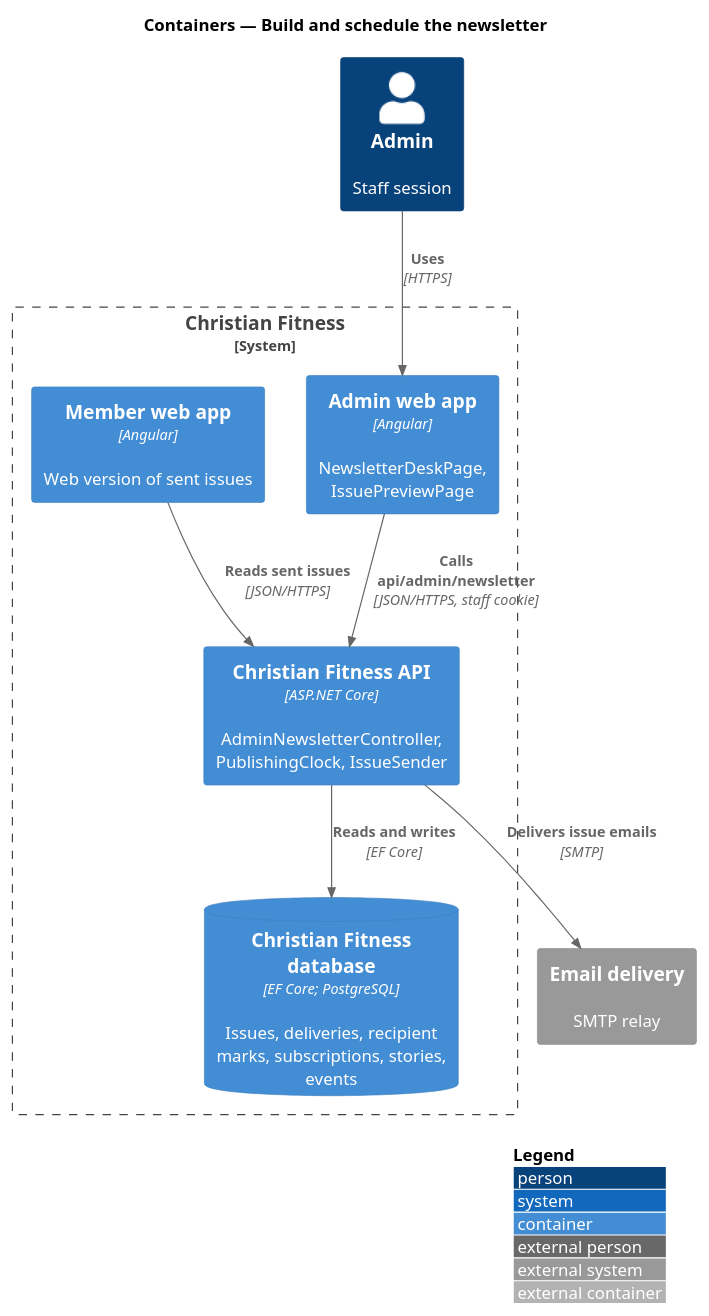
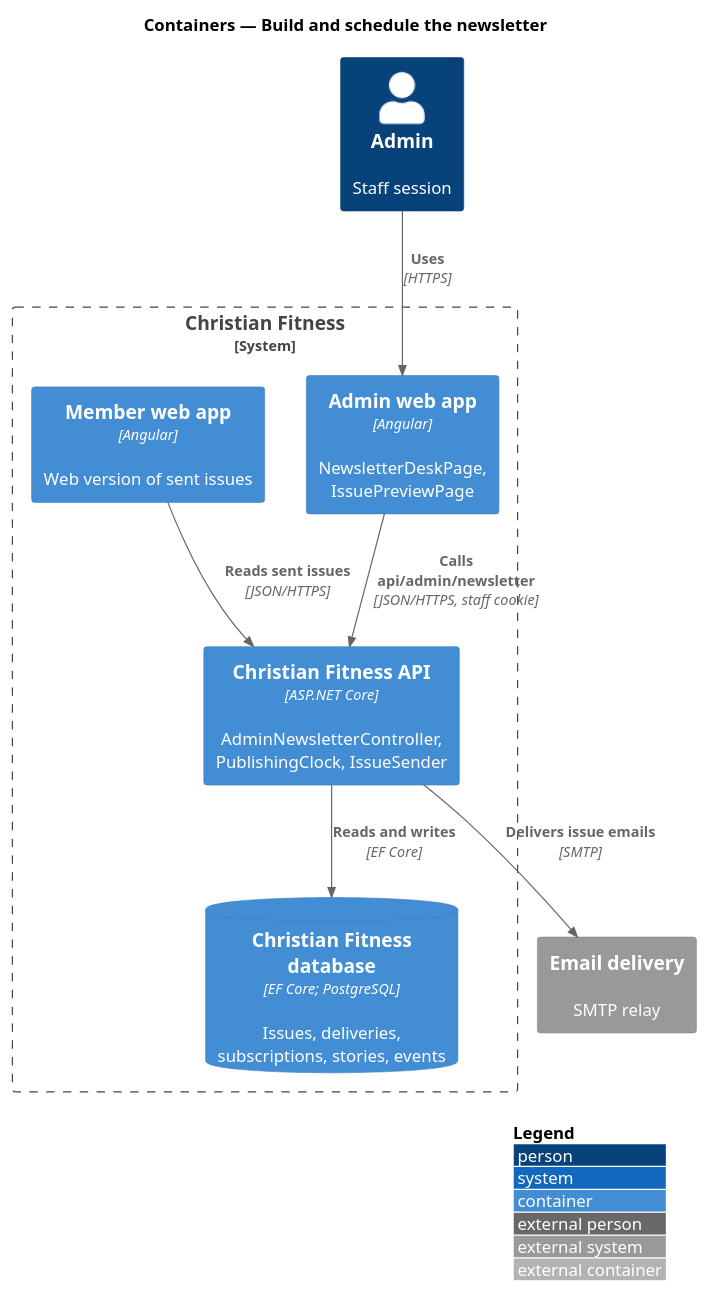
One commit to QuinntyneBrown/christian-fitness changed the diagram in docs/detailed-designs/publishing/build-and-schedule-newsletter/diagrams/c4-container.puml. Above: the diagram before and after it, drawn with PlantUML. The commit also changed 41 other files, not shown here.

```diff
--- a/docs/detailed-designs/publishing/build-and-schedule-newsletter/diagrams/c4-container.puml
+++ b/docs/detailed-designs/publishing/build-and-schedule-newsletter/diagrams/c4-container.puml
@@ -1,19 +1,19 @@
 @startuml
 !include <C4/C4_Container>
 LAYOUT_WITH_LEGEND()
 title Containers — Build and schedule the newsletter
 
 Person(admin, "Admin", "Staff session")
 System_Boundary(cf, "Christian Fitness") {
   Container(adminApp, "Admin web app", "Angular", "NewsletterDeskPage, IssuePreviewPage")
   Container(api, "Christian Fitness API", "ASP.NET Core", "AdminNewsletterController, PublishingClock, IssueSender")
-  ContainerDb(db, "Christian Fitness database", "EF Core; PostgreSQL", "Issues, deliveries, recipient marks, subscriptions, stories, events")
+  ContainerDb(db, "Christian Fitness database", "EF Core; PostgreSQL", "Issues, deliveries, subscriptions, stories, events")
   Container(web, "Member web app", "Angular", "Web version of sent issues")
 }
 System_Ext(mail, "Email delivery", "SMTP relay")
 Rel(admin, adminApp, "Uses", "HTTPS")
 Rel(adminApp, api, "Calls api/admin/newsletter", "JSON/HTTPS, staff cookie")
 Rel(api, db, "Reads and writes", "EF Core")
 Rel(api, mail, "Delivers issue emails", "SMTP")
 Rel(web, api, "Reads sent issues", "JSON/HTTPS")
 @enduml
```
